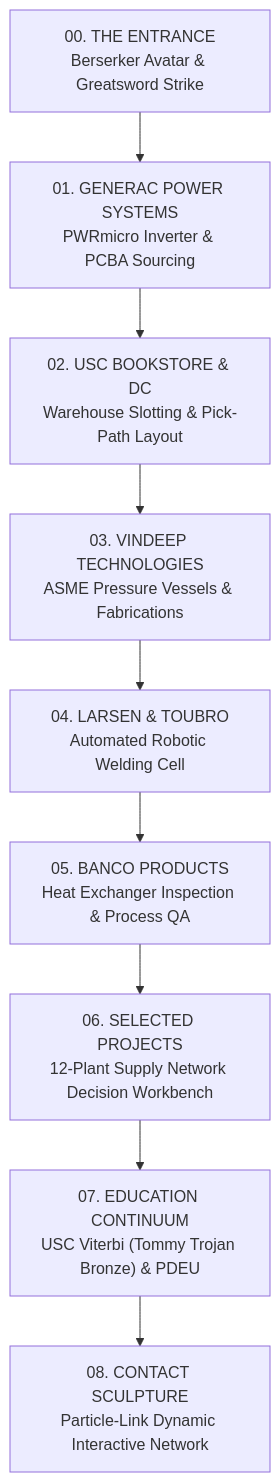
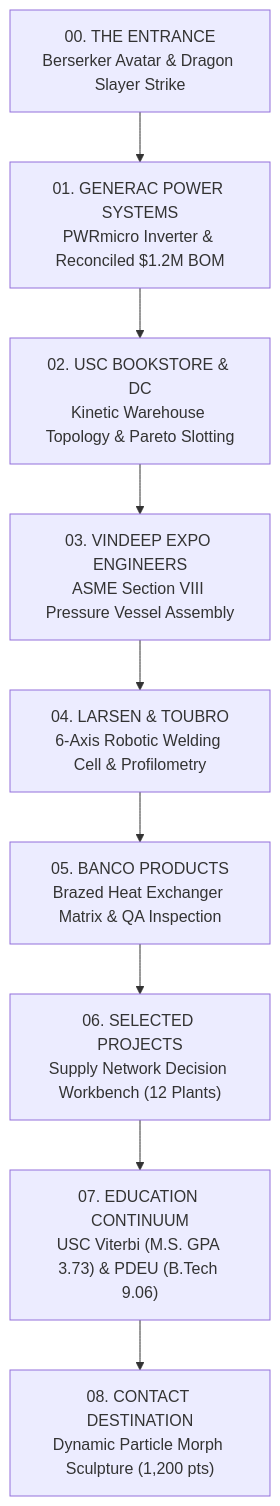
The diagram in STORYBOARD.md (h3zus-m/h3zus-m.github.io), drawn with Mermaid before and after one commit. The commit also changed other lines of this file and 32 other files, not shown here.

Commit message:
feat(spatial-engine): modular 3D continuum rebuild with 9 discrete scenes, Guts entrance lookdev, Generac .2M reconciled BOM, and dependable fallback

````diff
--- a/STORYBOARD.md
+++ b/STORYBOARD.md
@@ -24,11 +13,11 @@
 ```mermaid
 graph TD
-    Entrance["00. THE ENTRANCE<br>Berserker Avatar & Greatsword Strike"] --> Generac["01. GENERAC POWER SYSTEMS<br>PWRmicro Inverter & PCBA Sourcing"]
-    Generac --> USCBookstore["02. USC BOOKSTORE & DC<br>Warehouse Slotting & Pick-Path Layout"]
-    USCBookstore --> Vindeep["03. VINDEEP TECHNOLOGIES<br>ASME Pressure Vessels & Fabrications"]
-    Vindeep --> LT["04. LARSEN & TOUBRO<br>Automated Robotic Welding Cell"]
-    LT --> Banco["05. BANCO PRODUCTS<br>Heat Exchanger Inspection & Process QA"]
-    Banco --> Projects["06. SELECTED PROJECTS<br>12-Plant Supply Network Decision Workbench"]
-    Projects --> Education["07. EDUCATION CONTINUUM<br>USC Viterbi (Tommy Trojan Bronze) & PDEU"]
-    Education --> Contact["08. CONTACT SCULPTURE<br>Particle-Link Dynamic Interactive Network"]
+    Entrance["00. THE ENTRANCE<br>Berserker Avatar & Dragon Slayer Strike"] --> Generac["01. GENERAC POWER SYSTEMS<br>PWRmicro Inverter & Reconciled $1.2M BOM"]
+    Generac --> USCBookstore["02. USC BOOKSTORE & DC<br>Kinetic Warehouse Topology & Pareto Slotting"]
+    USCBookstore --> Vindeep["03. VINDEEP EXPO ENGINEERS<br>ASME Section VIII Pressure Vessel Assembly"]
+    Vindeep --> LT["04. LARSEN & TOUBRO<br>6-Axis Robotic Welding Cell & Profilometry"]
+    LT --> Banco["05. BANCO PRODUCTS<br>Brazed Heat Exchanger Matrix & QA Inspection"]
+    Banco --> Projects["06. SELECTED PROJECTS<br>Supply Network Decision Workbench (12 Plants)"]
+    Projects --> Education["07. EDUCATION CONTINUUM<br>USC Viterbi (M.S. GPA 3.73) & PDEU (B.Tech 9.06)"]
+    Education --> Contact["08. CONTACT DESTINATION<br>Dynamic Particle Morph Sculpture (1,200 pts)"]
 ```
````
